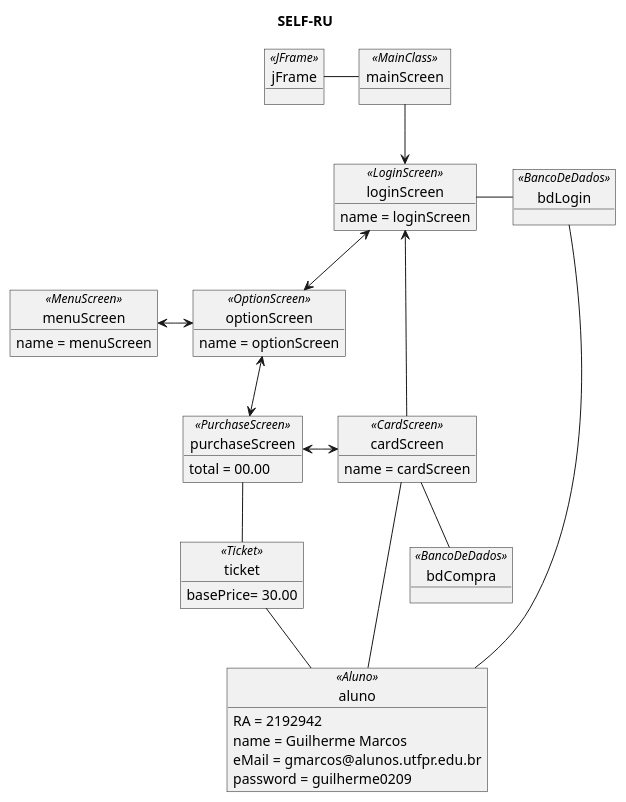
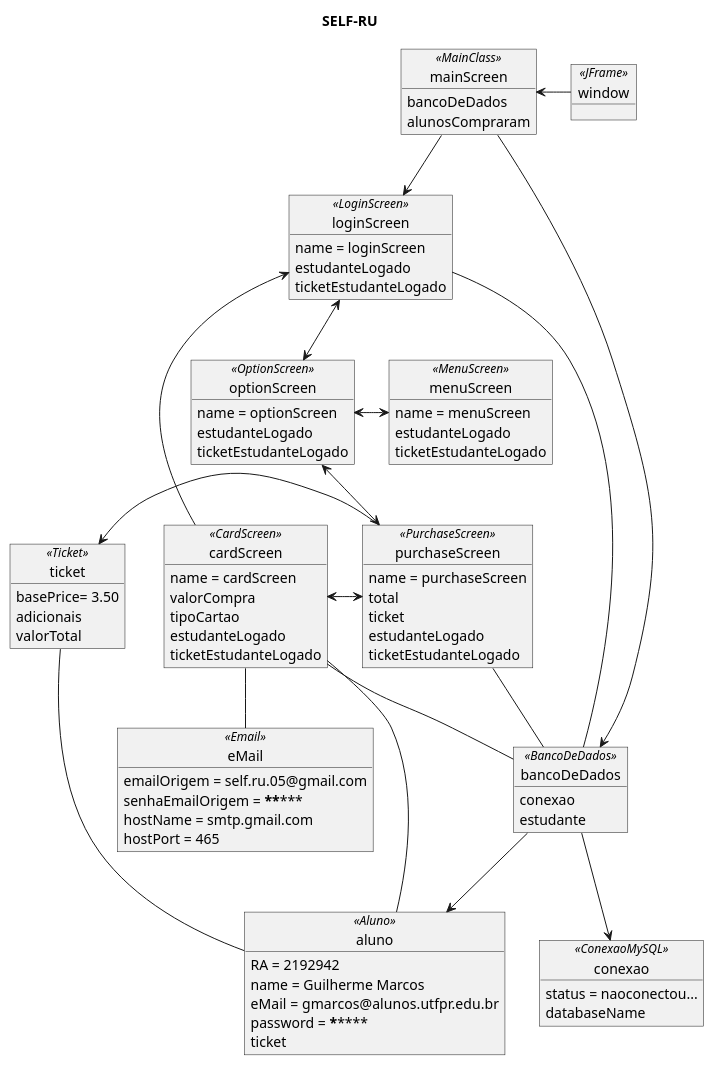
One commit to GuiMarcos/ProjetoAnaliseDeSistemas changed the diagram in UML/ProjetoUML_Objetos.puml. Above: the diagram before and after it, drawn with PlantUML. The commit also changed 63 other files, not shown here.

```diff
--- a/UML/ProjetoUML_Objetos.puml
+++ b/UML/ProjetoUML_Objetos.puml
@@ -1,58 +1,97 @@
 @startuml SELF-RU
 
 title SELF-RU
 
+object window <<JFrame>>
+
 together {
+    object mainScreen <<MainClass>>{
+        bancoDeDados
+        alunosCompraram
+    }
     object loginScreen <<LoginScreen>> {
         name = loginScreen
+        estudanteLogado
+        ticketEstudanteLogado
     }
-
     object optionScreen <<OptionScreen>> {
         name = optionScreen
+        estudanteLogado
+        ticketEstudanteLogado
     }
     object purchaseScreen <<PurchaseScreen>>{
-        total = 00.00
+        name = purchaseScreen
+        total
+        ticket
+        estudanteLogado
+        ticketEstudanteLogado
     }
     object cardScreen <<CardScreen>> {
         name = cardScreen
+        valorCompra
+        tipoCartao
+        estudanteLogado
+        ticketEstudanteLogado
     }
     object menuScreen <<MenuScreen>> {
         name = menuScreen
+        estudanteLogado
+        ticketEstudanteLogado
     }
 }
 
 object ticket <<Ticket>>{
-    basePrice= 30.00
+    basePrice= 3.50
+    adicionais
+    valorTotal
 }
 
 object aluno <<Aluno>> {
         RA = 2192942
         name = Guilherme Marcos
         eMail = gmarcos@alunos.utfpr.edu.br
-        password = guilherme0209
+        password = *********
+        ticket
 }
 
-object bdLogin <<BancoDeDados>>
+together {
+    object conexao <<ConexaoMySQL>>{
+        status = naoconectou...
+        databaseName
+    }
 
-object mainScreen <<MainClass>>
+    object bancoDeDados <<BancoDeDados>>{
+        conexao
+        estudante
+    }
+}
 
-object bdCompra <<BancoDeDados>>
-
-object jFrame <<JFrame>>
+object eMail <<Email>>{
+    emailOrigem = self.ru.05@gmail.com
+    senhaEmailOrigem = *************
+    hostName = smtp.gmail.com
+    hostPort = 465
+}
 
 
 
-jFrame -right- mainScreen
+window -> mainScreen
+mainScreen -> bancoDeDados
 mainScreen --> loginScreen
-loginScreen -right- bdLogin
-bdLogin -- aluno
+loginScreen <--> optionScreen
+optionScreen <-right> menuScreen
+loginScreen -left- bancoDeDados
+optionScreen <--> purchaseScreen
+purchaseScreen <-> cardScreen
+purchaseScreen -> ticket
+purchaseScreen -- bancoDeDados
+cardScreen -- aluno
+cardScreen --> loginScreen
+cardScreen -- eMail
+cardScreen -- bancoDeDados
+bancoDeDados --> aluno
+bancoDeDados --> conexao
 ticket -- aluno
-loginScreen <--> optionScreen
-optionScreen <-left-> menuScreen
-optionScreen <--> purchaseScreen
-purchaseScreen -down- ticket
-purchaseScreen <-right-> cardScreen
-cardScreen --> loginScreen
-cardScreen -- bdCompra
-cardScreen -right- aluno
+
+
 @enduml
```
